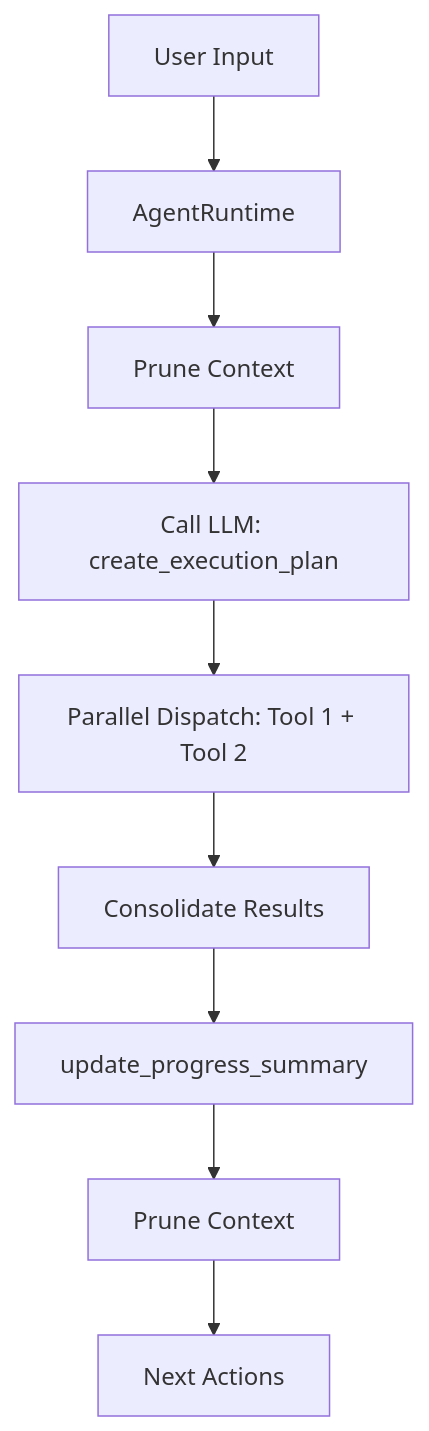
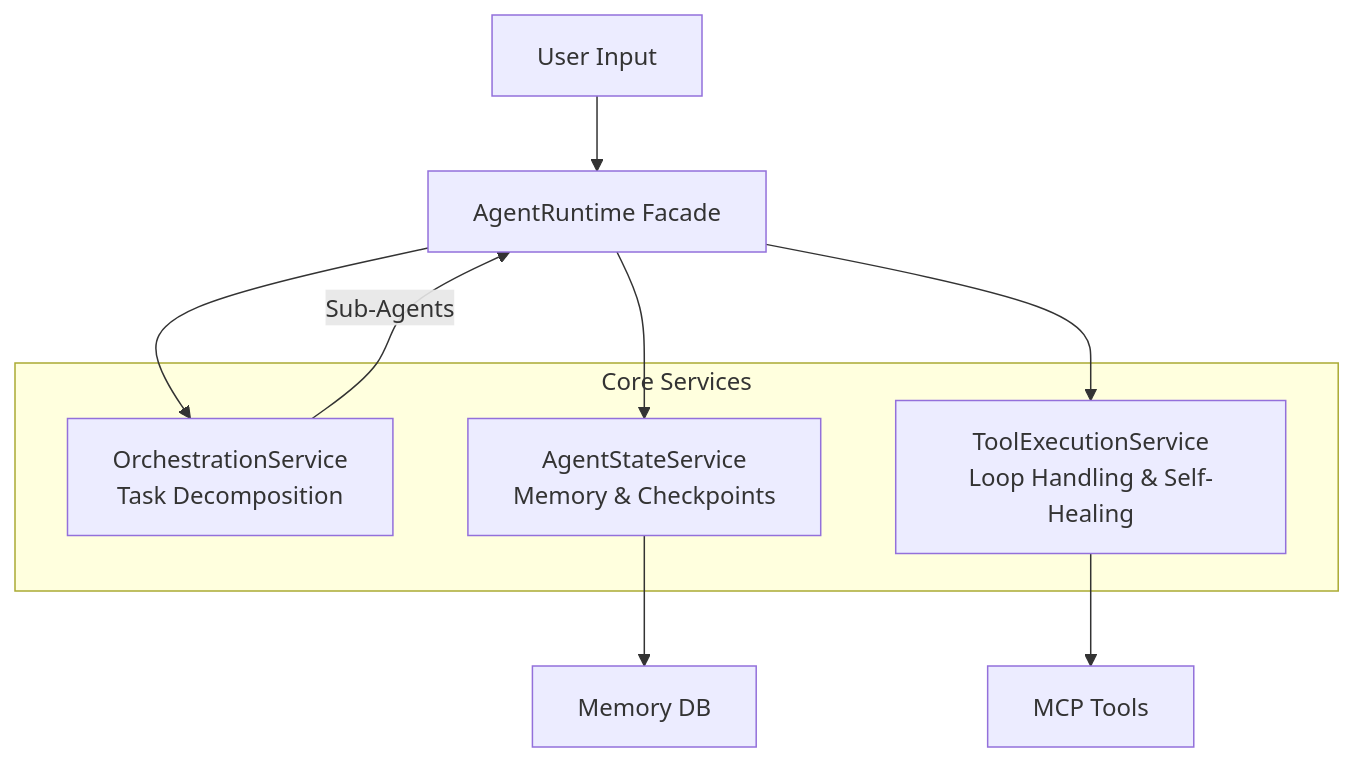
One commit to meharajM/ai-worker.app changed diagram 15 of 30 in architecture.md. Above: the diagram before and after it, drawn with Mermaid. The commit also changed other lines of this file and 1 other file, not shown here.

Commit message:
docs: update system architecture to reflect Phase 2 agent runtime refactor

````diff
--- a/architecture.md
+++ b/architecture.md
@@ -577,11 +577,18 @@
 ```mermaid
 graph TD
-    User[User Input] --> Runtime[AgentRuntime]
-    Runtime --> DCP[Prune Context]
-    DCP --> Plan[Call LLM: create_execution_plan]
-    Plan --> Step1[Parallel Dispatch: Tool 1 + Tool 2]
-    Step1 --> Result1[Consolidate Results]
-    Result1 --> Progress[update_progress_summary]
-    Progress --> DCP2[Prune Context]
-    DCP2 --> Step2[Next Actions]
+    User[User Input] --> Runtime[AgentRuntime Facade]
+    
+    subgraph "Core Services"
+        Orchestration[OrchestrationService<br/>Task Decomposition]
+        Tools[ToolExecutionService<br/>Loop Handling & Self-Healing]
+        State[AgentStateService<br/>Memory & Checkpoints]
+    end
+
+    Runtime --> State
+    Runtime --> Orchestration
+    Orchestration -->|Sub-Agents| Runtime
+    Runtime --> Tools
+    
+    Tools --> MCP[MCP Tools]
+    State --> Memory[Memory DB]
 ```
````
